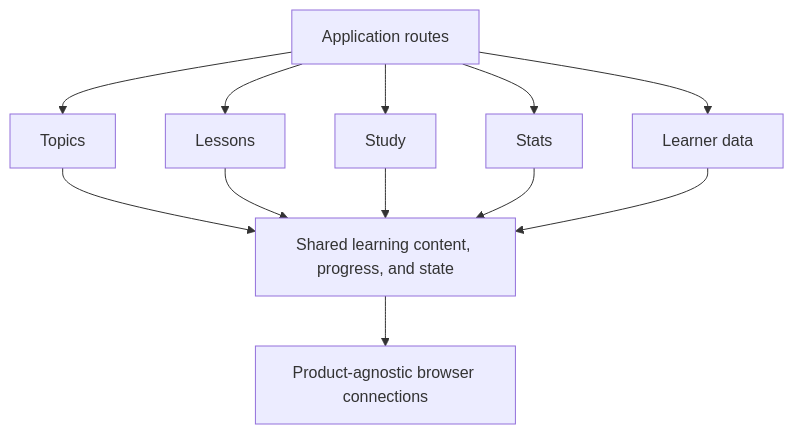
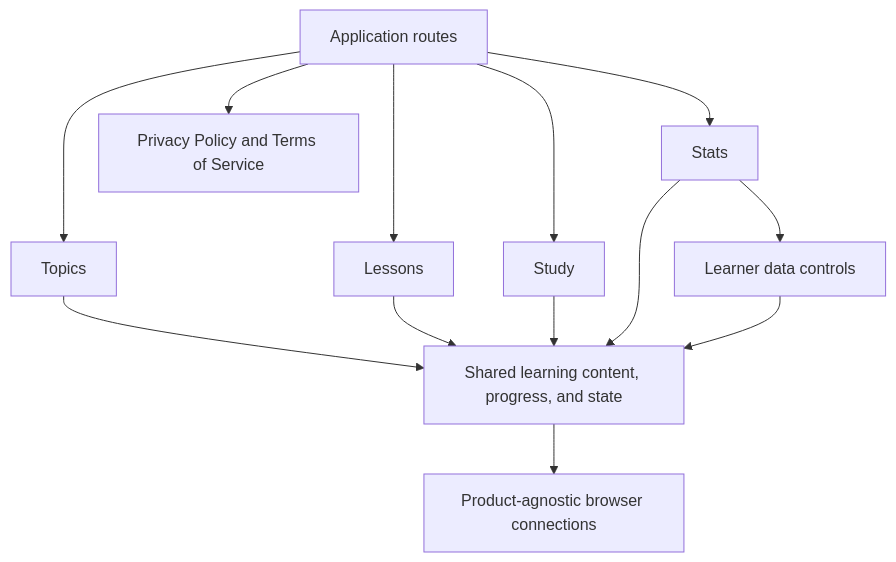
One commit to KhosroPakmanesh/sisu-steps changed the third of 5 diagrams in README.md. Above: the diagram before and after it, drawn with Mermaid. The commit also changed other lines of this file and 9 other files, not shown here.

Commit message:
docs: align README with current architecture

````diff
--- a/README.md
+++ b/README.md
@@ -87,17 +116,18 @@
 ```mermaid
 flowchart TB
   Routes["Application routes"]
   Routes --> Topics["Topics"]
   Routes --> Lessons["Lessons"]
   Routes --> Study["Study"]
   Routes --> Stats["Stats"]
-  Routes --> Data["Learner data"]
+  Routes --> Legal["Privacy Policy and Terms of Service"]
+  Stats --> Data["Learner data controls"]
 
   Topics --> Shared["Shared learning content, progress, and state"]
   Lessons --> Shared
   Study --> Shared
   Stats --> Shared
   Data --> Shared
 
   Shared --> Browser["Product-agnostic browser connections"]
 ```
````
